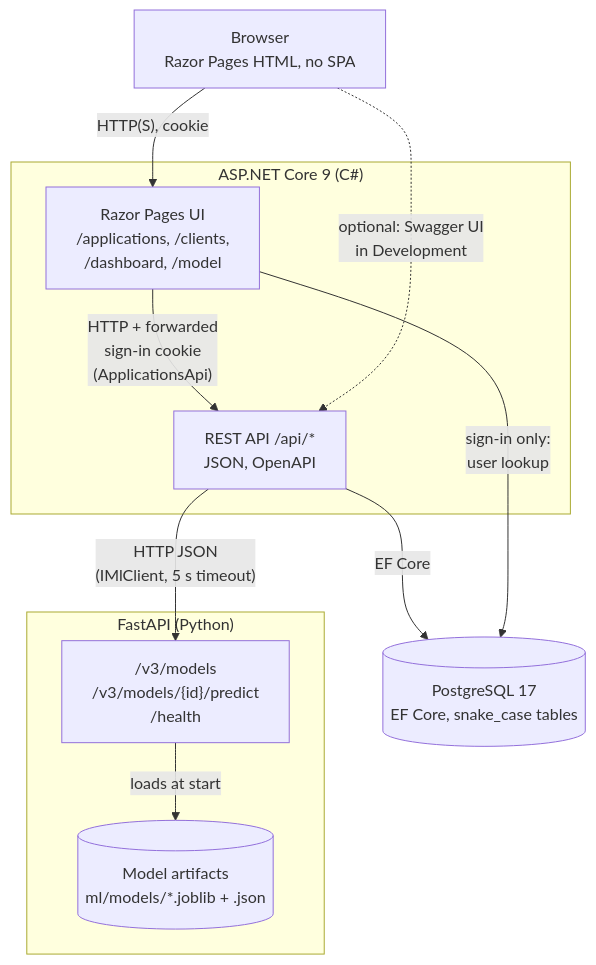
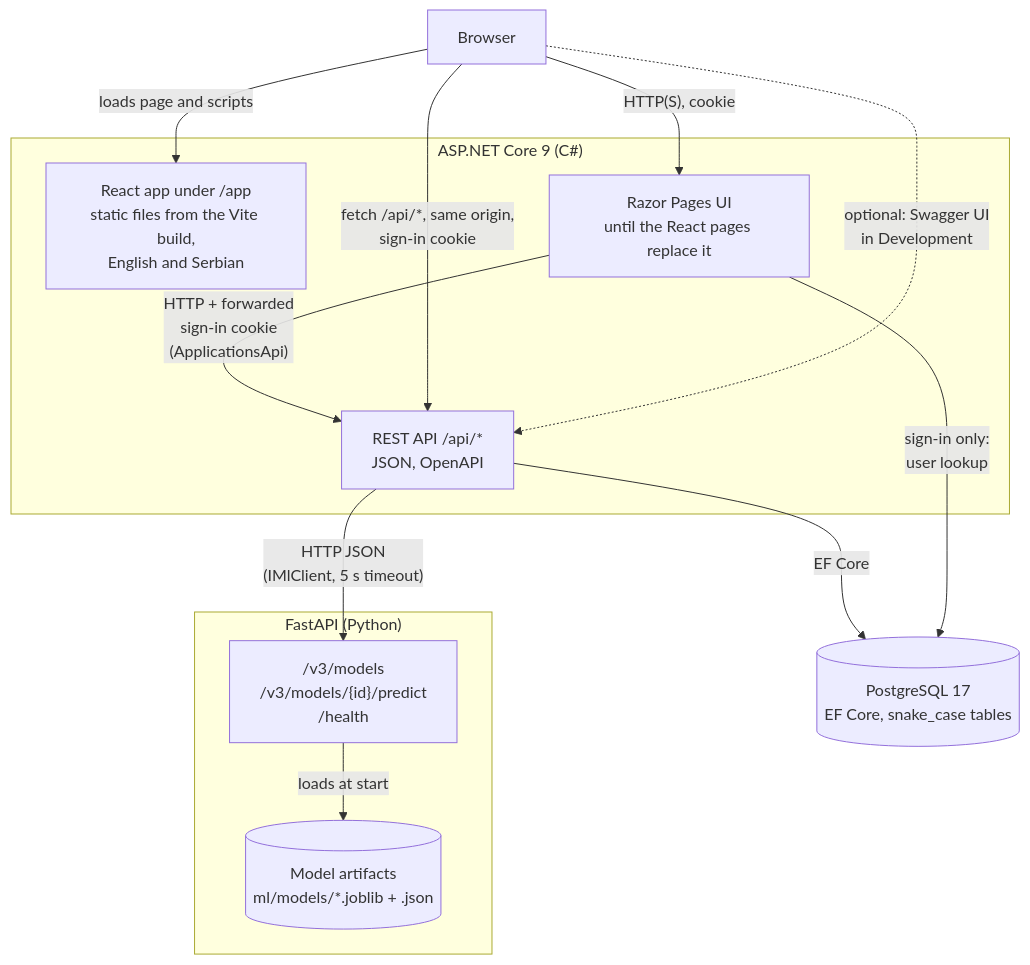
The first of 2 diagrams in architecture/02-containers.md (dejan3dejan/credit-scoring-dss), drawn with Mermaid before and after one commit. The commit also changed other lines of this file and 12 other files, not shown here.

Commit message:
Show the React app in the container, component and roadmap diagrams

````diff
--- a/architecture/02-containers.md
+++ b/architecture/02-containers.md
@@ -7,24 +7,27 @@
 ```mermaid
 flowchart TB
-    browser["Browser<br/>Razor Pages HTML, no SPA"]
+    browser["Browser"]
 
     subgraph web["ASP.NET Core 9 (C#)"]
-        pages["Razor Pages UI<br/>/applications, /clients,<br/>/dashboard, /model"]
+        spa["React app under /app<br/>static files from the Vite build,<br/>English and Serbian"]
+        pages["Razor Pages UI<br/>until the React pages replace it"]
         api["REST API /api/*<br/>JSON, OpenAPI"]
         pages -- "HTTP + forwarded<br/>sign-in cookie<br/>(ApplicationsApi)" --> api
     end
 
     db[("PostgreSQL 17<br/>EF Core, snake_case tables")]
 
     subgraph inference["FastAPI (Python)"]
         fastapi["/v3/models<br/>/v3/models/{id}/predict<br/>/health"]
         artifacts[("Model artifacts<br/>ml/models/*.joblib + .json")]
         fastapi -- "loads at start" --> artifacts
     end
 
+    browser -- "loads page and scripts" --> spa
+    browser -- "fetch /api/*, same origin,<br/>sign-in cookie" --> api
     browser -- "HTTP(S), cookie" --> pages
     browser -. "optional: Swagger UI<br/>in Development" .-> api
     api -- "EF Core" --> db
     pages -- "sign-in only:<br/>user lookup" --> db
     api -- "HTTP JSON<br/>(IMlClient, 5 s timeout)" --> fastapi
 ```
````
